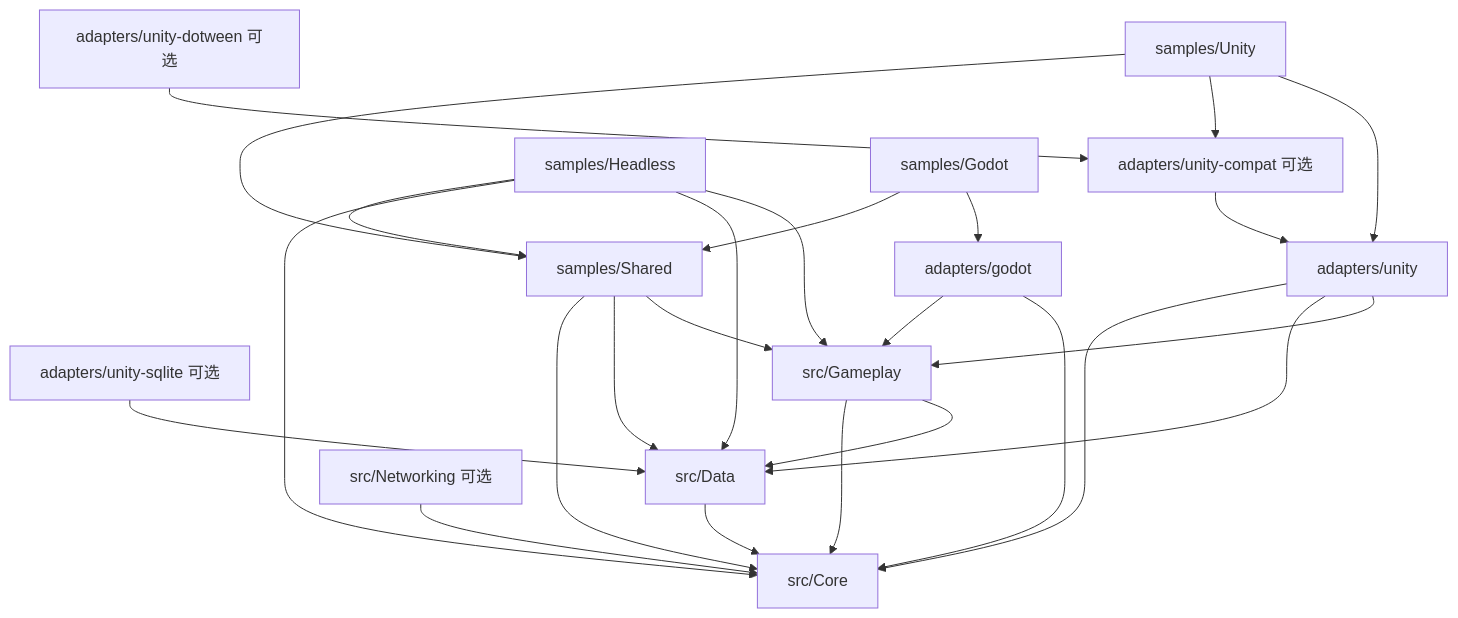
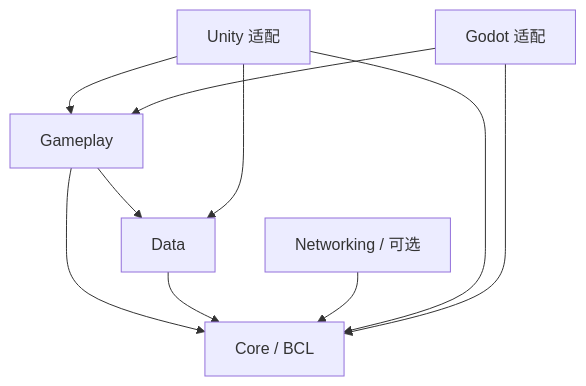
The diagram in GUIDE.md (qian488/AwithGameFramework), drawn with Mermaid before and after one commit. The commit also changed other lines of this file and 84 other files, not shown here.

````diff
--- a/GUIDE.md
+++ b/GUIDE.md
@@ -19,27 +20,12 @@
 ```mermaid
 graph TD
-    UnitySample[samples/Unity] --> Unity[adapters/unity]
-    UnitySample --> UnityCompat[adapters/unity-compat 可选]
-    UnityCompat --> Unity
-    DOTween[adapters/unity-dotween 可选] --> UnityCompat
-    SQLite[adapters/unity-sqlite 可选] --> Data
-    Unity --> Gameplay[src/Gameplay]
-    Unity --> Data[src/Data]
-    Unity --> Core[src/Core]
-    Headless[samples/Headless] --> Gameplay
-    Headless --> Data
-    Headless --> Core
-    Gameplay --> Data
-    Gameplay --> Core
+    Gameplay[Gameplay] --> Data[Data]
+    Gameplay --> Core[Core / BCL]
     Data --> Core
-    Shared[samples/Shared] --> Gameplay
-    Shared --> Data
-    Shared --> Core
-    Headless --> Shared
-    UnitySample --> Shared
-    GodotSample[samples/Godot] --> Godot[adapters/godot]
-    GodotSample --> Shared
+    Networking[Networking / 可选] --> Core
+    Unity[Unity 适配] --> Gameplay
+    Unity --> Data
+    Unity --> Core
+    Godot[Godot 适配] --> Gameplay
     Godot --> Core
-    Godot --> Gameplay
-    Networking[src/Networking 可选] --> Core
 ```
````
